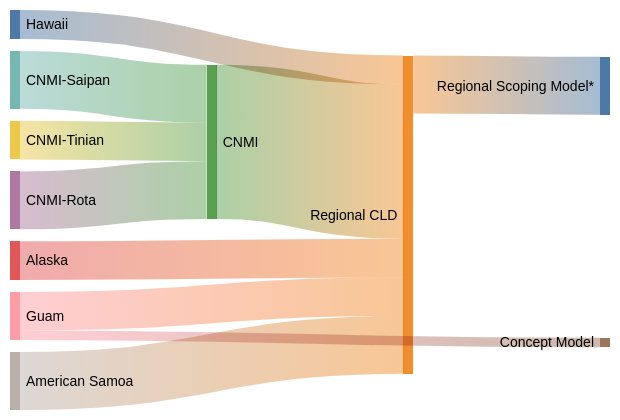
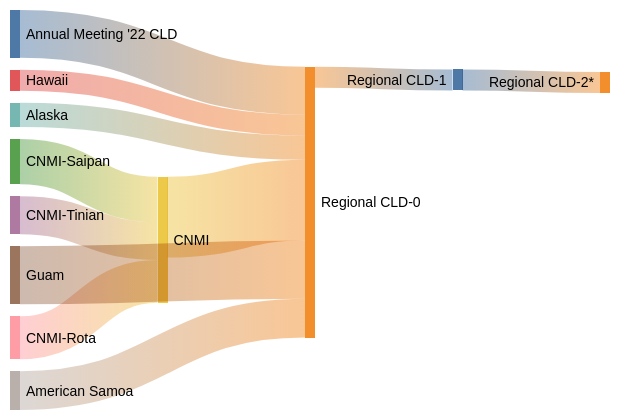
One commit to CBSDLab/sandbox-mermaid changed the diagram in CHLFS.md. Above: the diagram before and after it, drawn with Mermaid (forest theme).

````diff
--- a/CHLFS.md
+++ b/CHLFS.md
@@ -1,19 +1,20 @@
 ```mermaid
 ---
 config:
   sankey:
     showValues: false
 ---
 sankey-beta
 
-Hawaii,Regional CLD,15
-Alaska,Regional CLD,20
-CNMI-Saipan,CNMI,30
-CNMI-Tinian,CNMI,20
-CNMI-Rota,CNMI,30
-CNMI,Regional CLD,80
-Guam,Regional CLD,20
-Guam,Concept Model,5
-American Samoa,Regional CLD,30
-Regional CLD,Regional Scoping Model*,30
+Annual Meeting '22 CLD,Regional CLD-0,59
+Hawaii,Regional CLD-0,26
+Alaska,Regional CLD-0,30
+CNMI-Saipan,CNMI,56
+CNMI-Tinian,CNMI,47
+CNMI-Rota,CNMI,53
+CNMI,Regional CLD-0,100
+Guam,Regional CLD-0,72
+American Samoa,Regional CLD-0,48
+Regional CLD-0,Regional CLD-1,26
+Regional CLD-1,Regional CLD-2*,26
 ```
````
